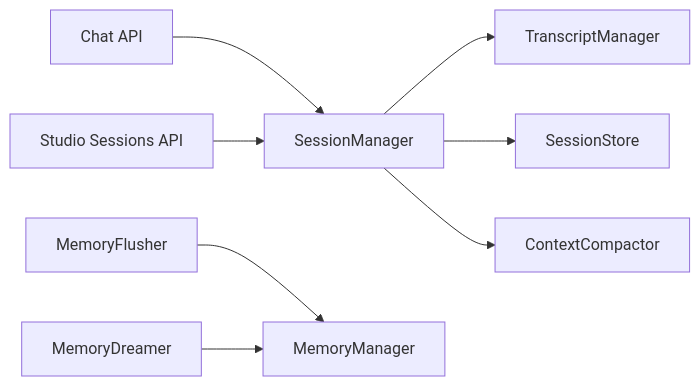
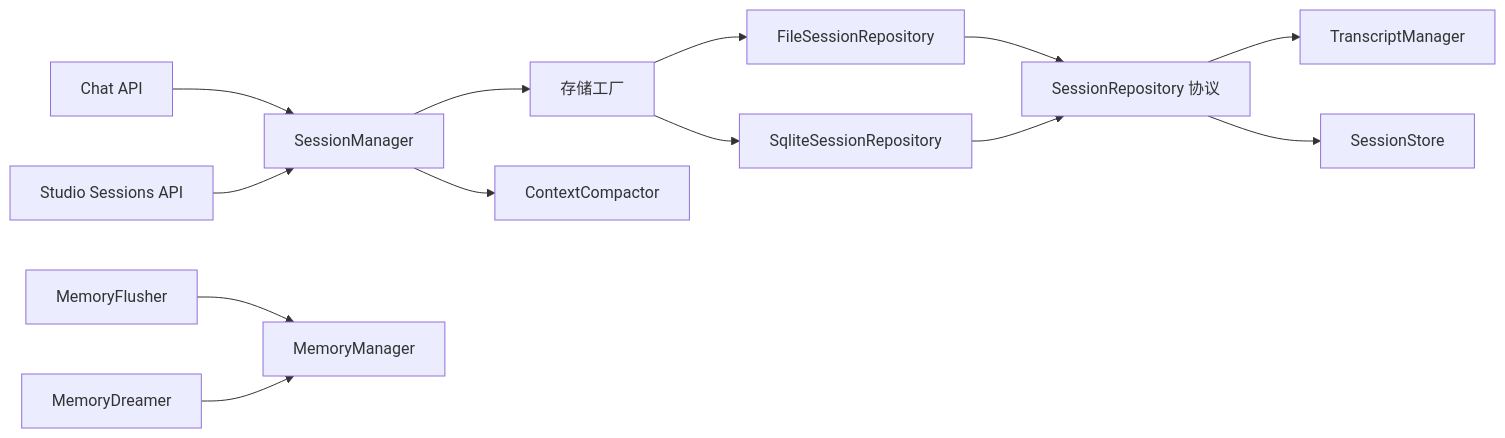
One commit to YU-JI-KUI/ark-agentic changed the eighth of 9 diagrams in repowiki/zh/content/架构设计/会话与内存管理/会话与内存管理.md. Above: the diagram before and after it, drawn with Mermaid. The commit also changed other lines of this file and 116 other files, not shown here.

````diff
--- a/repowiki/zh/content/架构设计/会话与内存管理/会话与内存管理.md
+++ b/repowiki/zh/content/架构设计/会话与内存管理/会话与内存管理.md
@@ -314,10 +410,15 @@
 ```mermaid
 graph LR
-SM["SessionManager"] --> TM["TranscriptManager"]
-SM --> SS["SessionStore"]
+SM["SessionManager"] --> SF["存储工厂"]
+SF --> FM["FileSessionRepository"]
+SF --> SQ["SqliteSessionRepository"]
+FM --> SP["SessionRepository 协议"]
+SQ --> SP
+SP --> TM["TranscriptManager"]
+SP --> SS["SessionStore"]
 SM --> CC["ContextCompactor"]
 MF["MemoryFlusher"] --> MM["MemoryManager"]
 MD["MemoryDreamer"] --> MM
 Chat["Chat API"] --> SM
 Studio["Studio Sessions API"] --> SM
 ```
````
